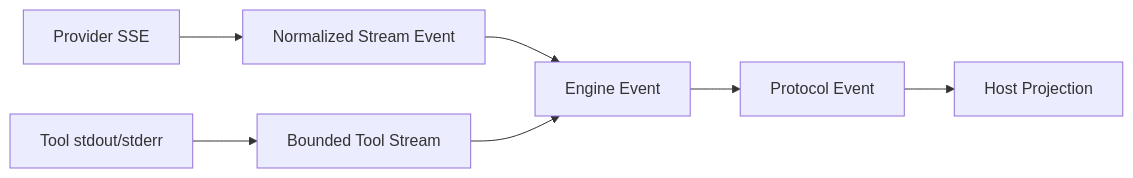
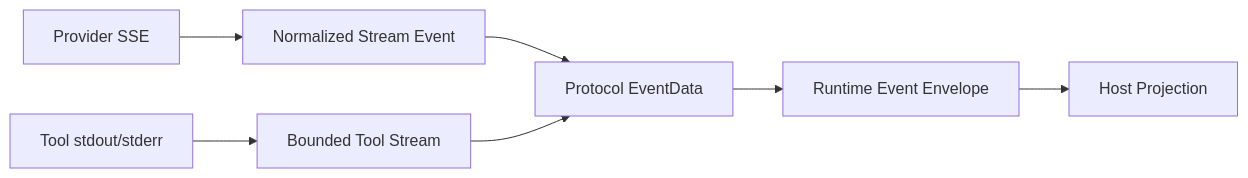
Before and after one commit to fwtllh-png/CodeHelper: the diagram in docs/book/zh-CN/03-runtime-kernel/05-streaming-cancellation-errors.md, drawn with Mermaid. The commit also changed other lines of this file and 48 other files, not shown here.

Commit message:
refactor: unify engine protocol events

````diff
--- a/docs/book/zh-CN/03-runtime-kernel/05-streaming-cancellation-errors.md
+++ b/docs/book/zh-CN/03-runtime-kernel/05-streaming-cancellation-errors.md
@@ -47,9 +47,9 @@
 ```mermaid
 flowchart LR
     P[Provider SSE] --> N[Normalized Stream Event]
-    N --> E[Engine Event]
-    E --> A[Protocol Event]
+    N --> E[Protocol EventData]
+    E --> A[Runtime Event Envelope]
     A --> H[Host Projection]
     T[Tool stdout/stderr] --> B[Bounded Tool Stream]
     B --> E
 ```
````
